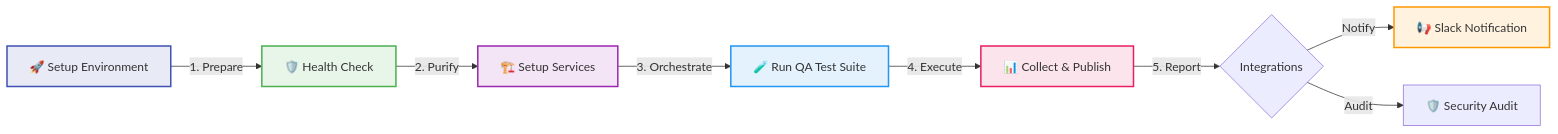
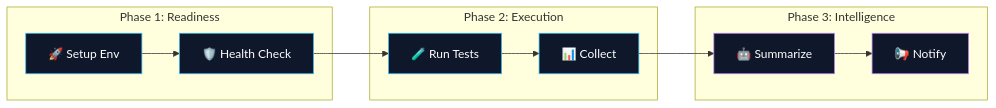
Before and after one commit to carlos-camara/qa-hub-actions: the diagram in README.md, drawn with Mermaid. The commit also changed other lines of this file and 9 other files, not shown here.

````diff
--- a/README.md
+++ b/README.md
@@ -29,17 +29,23 @@
 ```mermaid
 graph LR
-    A["🚀 Setup Environment"] -- 1. Prepare --> B["🛡️ Health Check"]
-    B -- 2. Purify --> C["🏗️ Setup Services"]
-    C -- 3. Orchestrate --> D["🧪 Run QA Test Suite"]
-    D -- 4. Execute --> E["📊 Collect & Publish"]
-    E -- 5. Report --> F{"Integrations"}
-    F -- Notify --> G["📢 Slack Notification"]
-    F -- Audit --> H["🛡️ Security Audit"]
+    subgraph "Phase 1: Readiness"
+        A["🚀 Setup Env"] --> B["🛡️ Health Check"]
+    end
     
-    style A fill:#e8eaf6,stroke:#3f51b5,stroke-width:2px
-    style B fill:#e8f5e9,stroke:#4caf50,stroke-width:2px
-    style C fill:#f3e5f5,stroke:#9c27b0,stroke-width:2px
-    style D fill:#e3f2fd,stroke:#2196f3,stroke-width:2px
-    style E fill:#fce4ec,stroke:#e91e63,stroke-width:2px
-    style G fill:#fff3e0,stroke:#ff9800,stroke-width:2px
+    subgraph "Phase 2: Execution"
+        B --> C["🧪 Run Tests"]
+        C --> D["📊 Collect"]
+    end
+    
+    subgraph "Phase 3: Intelligence"
+        D --> E["🤖 Summarize"]
+        E --> F["📢 Notify"]
+    end
+    
+    style A fill:#0f172a,color:#fff,stroke:#38bdf8
+    style B fill:#0f172a,color:#fff,stroke:#38bdf8
+    style C fill:#0f172a,color:#fff,stroke:#38bdf8
+    style D fill:#0f172a,color:#fff,stroke:#38bdf8
+    style E fill:#0f172a,color:#fff,stroke:#c084fc
+    style F fill:#0f172a,color:#fff,stroke:#c084fc
 ```
````
